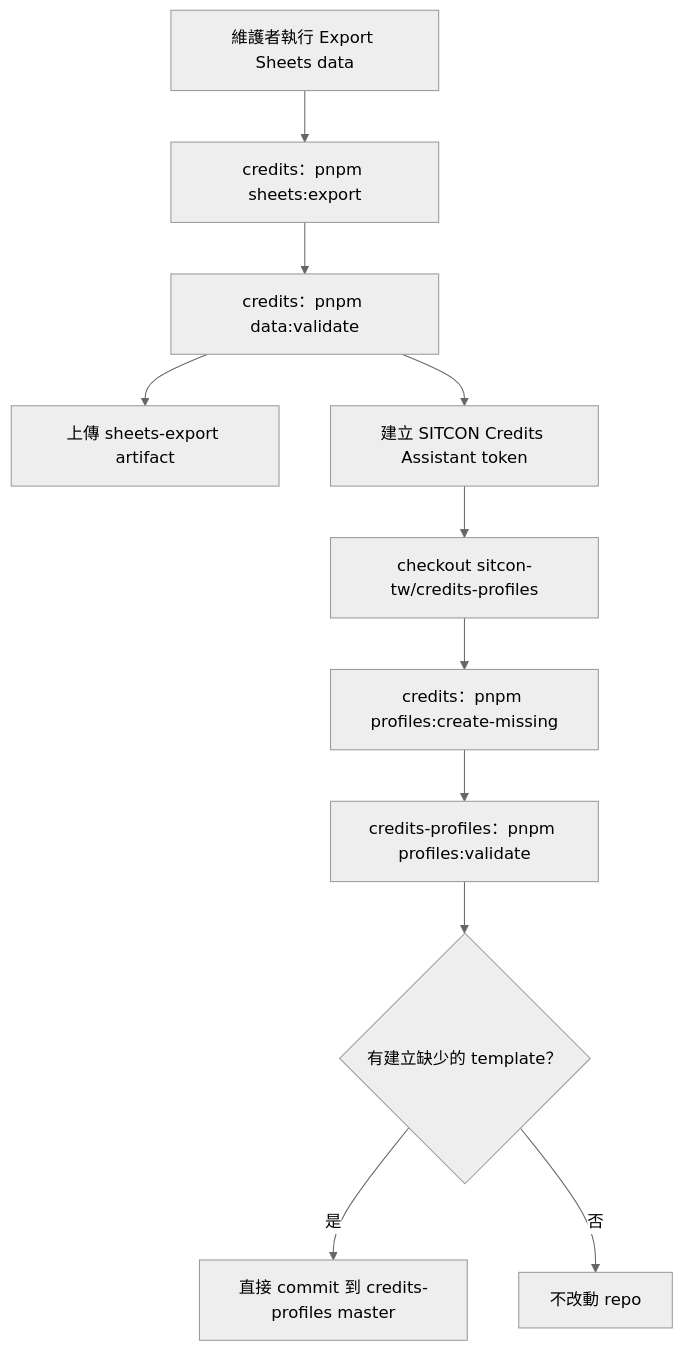
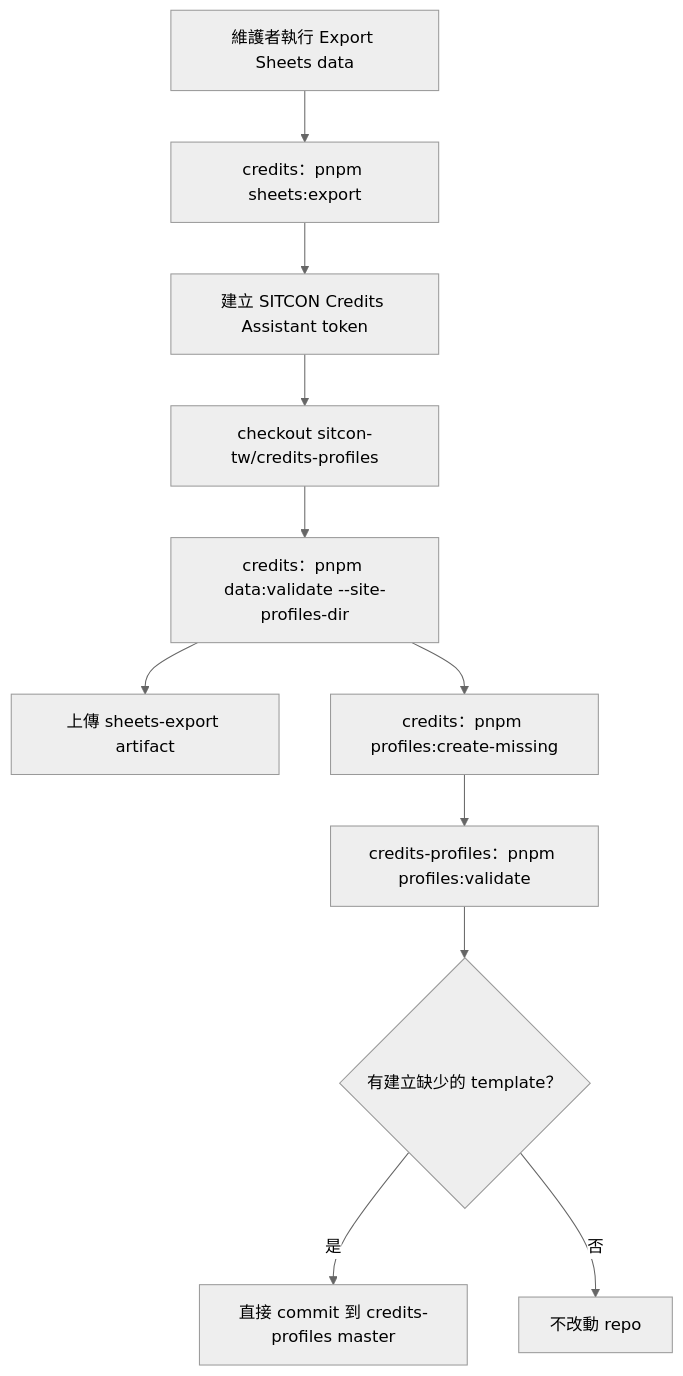
Before and after one commit to arnoldsky-yu/credits: the second of 3 diagrams in docs/workflows.md, drawn with Mermaid (neutral theme). The commit also changed other lines of this file and 5 other files, not shown here.

Commit message:
feat: validate site profile references

````diff
--- a/docs/workflows.md
+++ b/docs/workflows.md
@@ -41,13 +41,13 @@
 ```mermaid
 flowchart TD
   maintainer["維護者執行 Export Sheets data"] --> export["credits：pnpm sheets:export"]
-  export --> validate["credits：pnpm data:validate"]
+  export --> appToken["建立 SITCON Credits Assistant token"]
+  appToken --> checkoutProfiles["checkout sitcon-tw/credits-profiles"]
+  checkoutProfiles --> validate["credits：pnpm data:validate --site-profiles-dir"]
   validate --> artifact["上傳 sheets-export artifact"]
-  validate --> appToken["建立 SITCON Credits Assistant token"]
-  appToken --> checkoutProfiles["checkout sitcon-tw/credits-profiles"]
-  checkoutProfiles --> createTemplates["credits：pnpm profiles:create-missing"]
+  validate --> createTemplates["credits：pnpm profiles:create-missing"]
   createTemplates --> validateProfiles["credits-profiles：pnpm profiles:validate"]
   validateProfiles --> hasChanges{"有建立缺少的 template？"}
   hasChanges -->|是| directCommit["直接 commit 到 credits-profiles master"]
   hasChanges -->|否| noOp["不改動 repo"]
 ```
````
